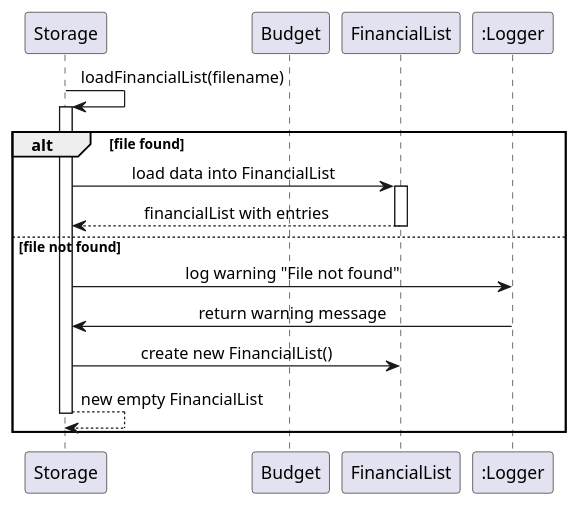
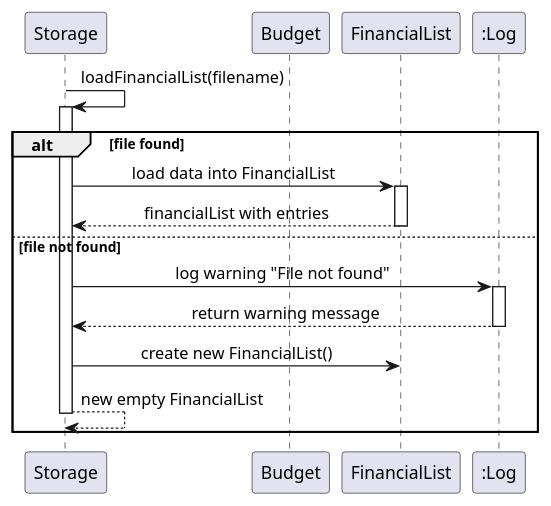
Before and after one commit to nus-cs2113-AY2425S1/tp: the diagram in docs/UML/loadTransactionFromStorage.puml, drawn with PlantUML. The commit also changed 3 other files, not shown here.

Commit message:
Update Diagrams

```diff
--- a/docs/UML/loadTransactionFromStorage.puml
+++ b/docs/UML/loadTransactionFromStorage.puml
@@ -1,26 +1,27 @@
 @startuml
 skinparam sequenceMessageAlign center
 skinparam responseMessageBelowArrow true
 
 participant "Storage" as storage
 participant "Budget" as budget
 participant "FinancialList" as financialList
-participant ":Logger" as logger
+participant ":Log" as logger
 
 storage -> storage : loadFinancialList(filename)
 activate storage
 
 ' Attempt to read file
 alt file found
     storage -> financialList : load data into FinancialList
     activate financialList
     return financialList with entries
 
 else file not found
     storage -> logger : log warning "File not found"
-    logger -> storage : return warning message
+    activate logger
+    return return warning message
     storage -> financialList : create new FinancialList()
     return new empty FinancialList
 end
 
 @enduml
```
